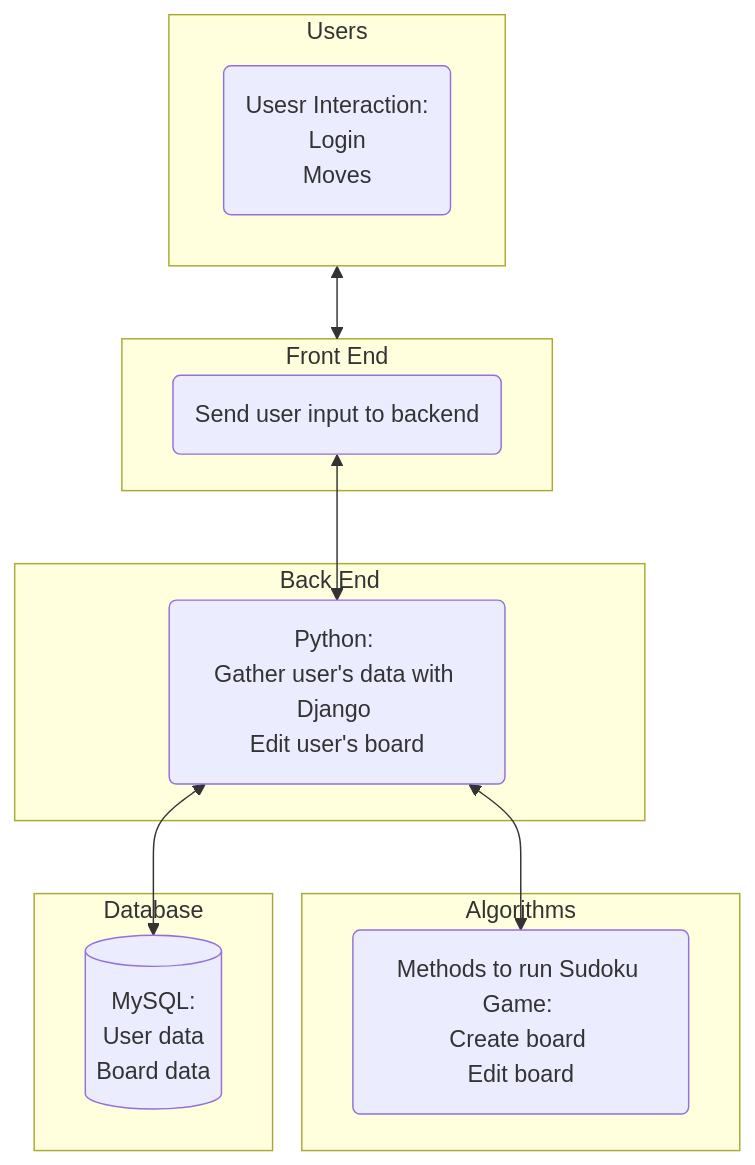
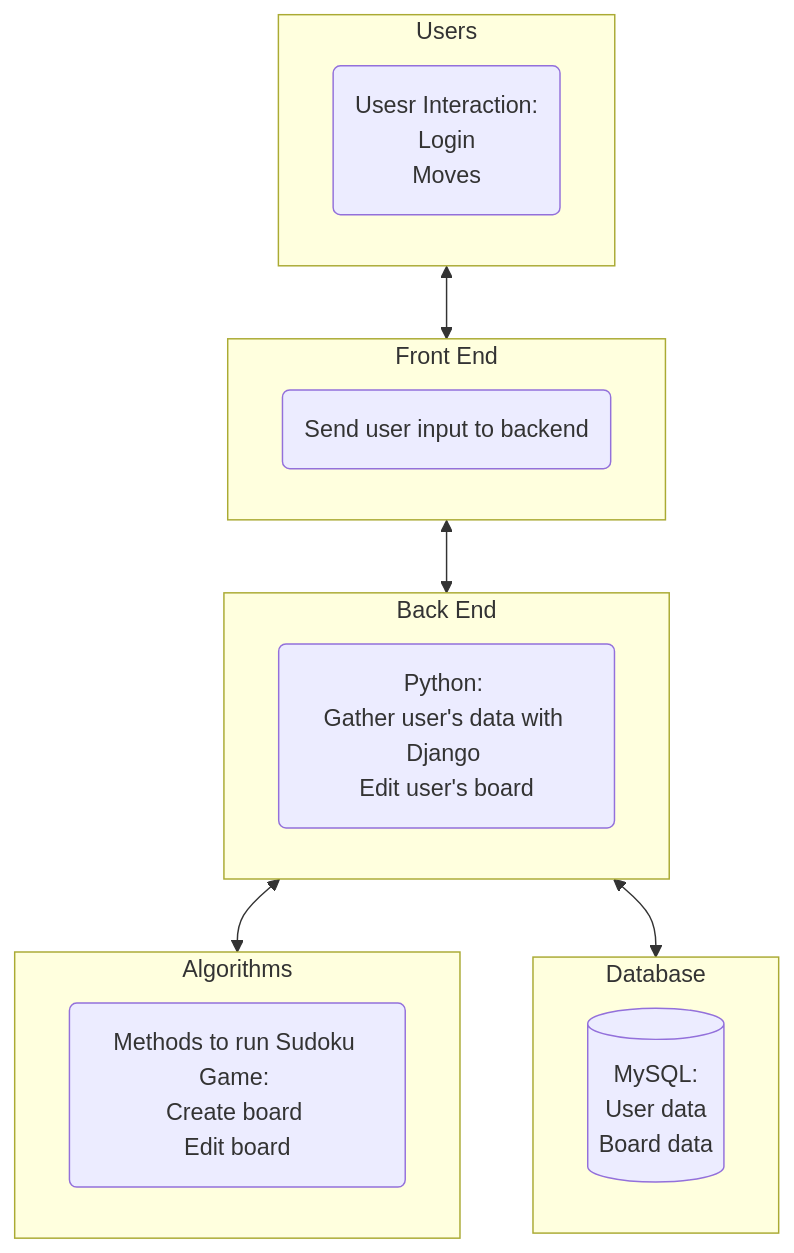
Before and after one commit to ClearCrystals/LogicLuminaries: the diagram in documentation/System Architecture.md, drawn with Mermaid.

Commit message:
Update System Architecture.md

````diff
--- a/documentation/System Architecture.md
+++ b/documentation/System Architecture.md
@@ -3,27 +3,27 @@
 ```mermaid
 flowchart TD
 subgraph one [Users]
     A(Usesr Interaction: \nLogin \nMoves)
 end
 
 subgraph two [Front End]
 	B(Send user input to backend)
 end
 	
 subgraph three [Back End]
 	C(Python: \nGather user's data with Django \nEdit user's board)
 end
 
 subgraph four [Algorithms]
     D(Methods to run Sudoku Game: \nCreate board \nEdit board)
 end
 
 subgraph five [Database]
 	E[(MySQL: \nUser data \nBoard data)]
 end
 
 one <--> two
-B <--> C
-C <--> D
-C <--> E
+two <--> three
+three <--> four
+three <--> five
 ```
````
